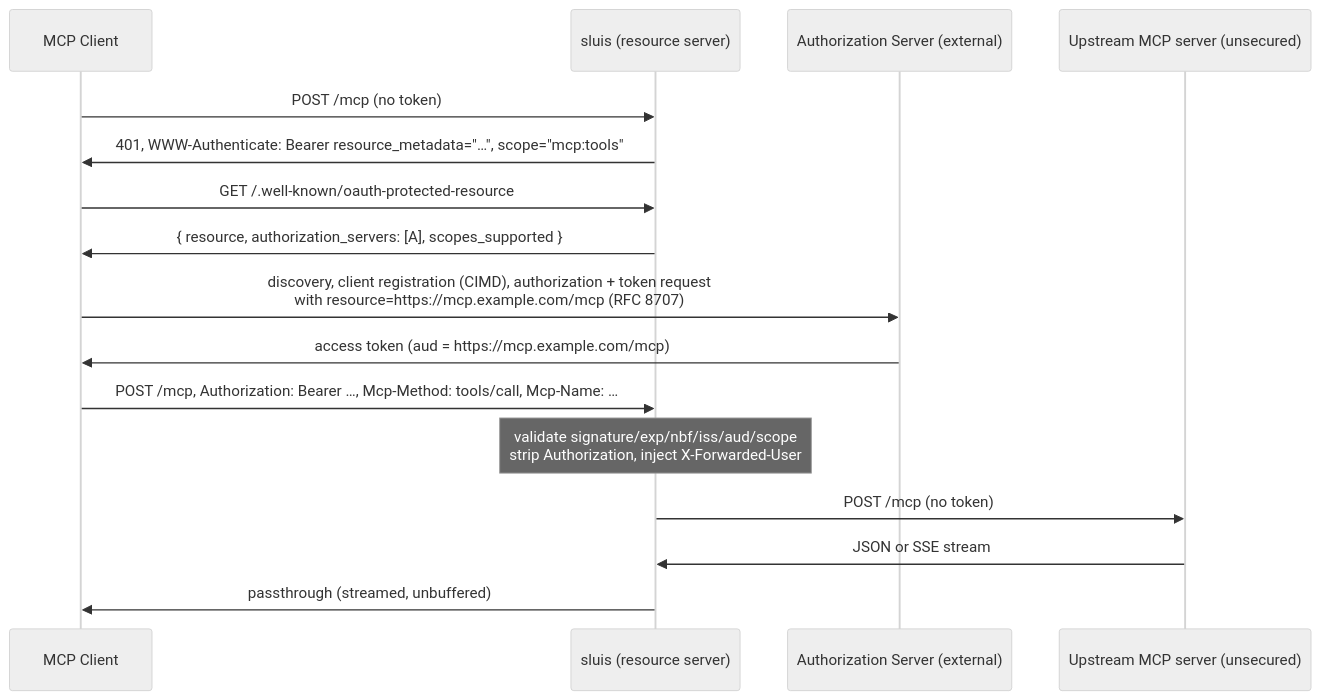
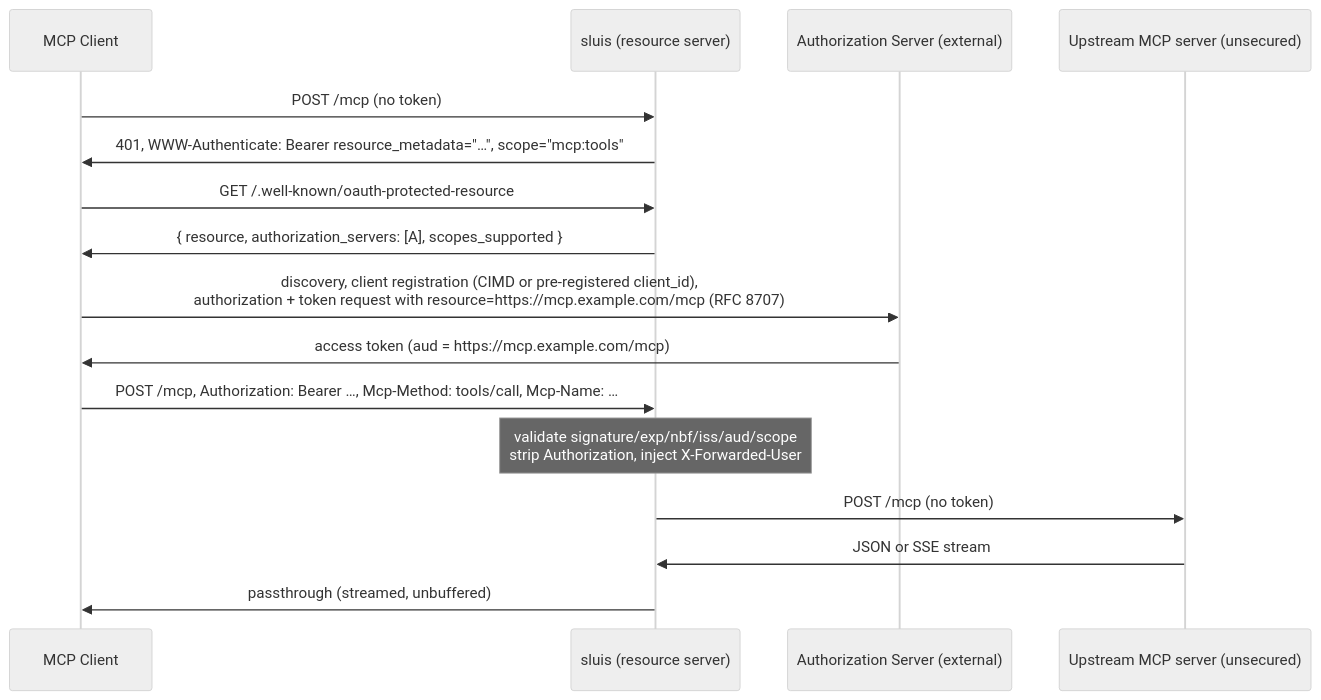
One commit to vplme/sluis changed the diagram in README.md. Above: the diagram before and after it, drawn with Mermaid (neutral theme). The commit also changed other lines of this file and 2 other files, not shown here.

First line of the commit message:
docs+test: pre-registered OAuth clients as a first-class path alongside CIMD

````diff
--- a/README.md
+++ b/README.md
@@ -15,19 +15,19 @@
 ```mermaid
 sequenceDiagram
     participant C as MCP Client
     participant P as sluis (resource server)
     participant A as Authorization Server (external)
     participant U as Upstream MCP server (unsecured)
 
     C->>P: POST /mcp (no token)
     P->>C: 401, WWW-Authenticate: Bearer resource_metadata="…", scope="mcp:tools"
     C->>P: GET /.well-known/oauth-protected-resource
     P->>C: { resource, authorization_servers: [A], scopes_supported }
-    C->>A: discovery, client registration (CIMD), authorization + token request<br/>with resource=https://mcp.example.com/mcp (RFC 8707)
+    C->>A: discovery, client registration (CIMD or pre-registered client_id),<br/>authorization + token request with resource=https://mcp.example.com/mcp (RFC 8707)
     A->>C: access token (aud = https://mcp.example.com/mcp)
     C->>P: POST /mcp, Authorization: Bearer …, Mcp-Method: tools/call, Mcp-Name: …
     Note over P: validate signature/exp/nbf/iss/aud/scope<br/>strip Authorization, inject X-Forwarded-User
     P->>U: POST /mcp (no token)
     U->>P: JSON or SSE stream
     P->>C: passthrough (streamed, unbuffered)
 ```
````
